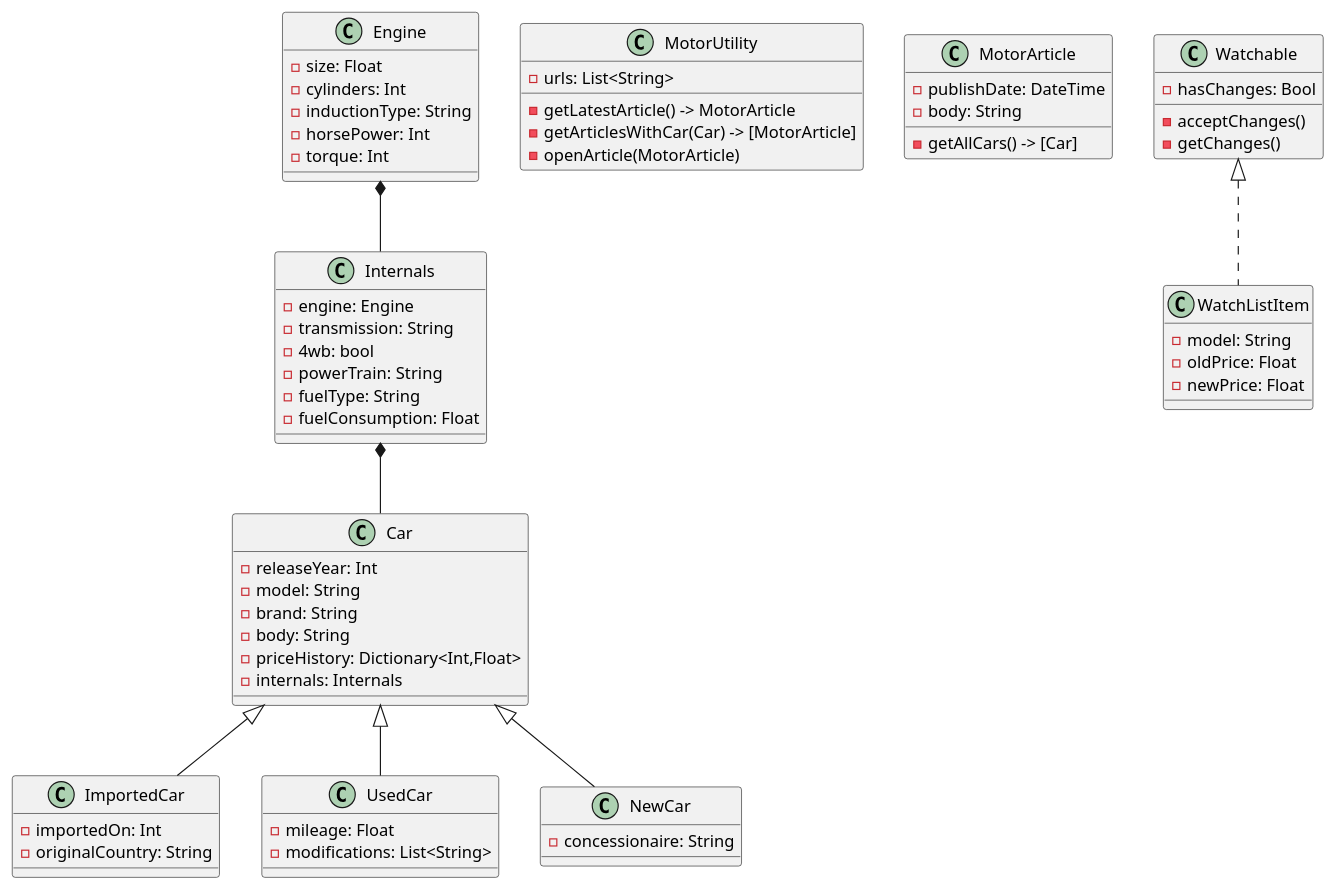
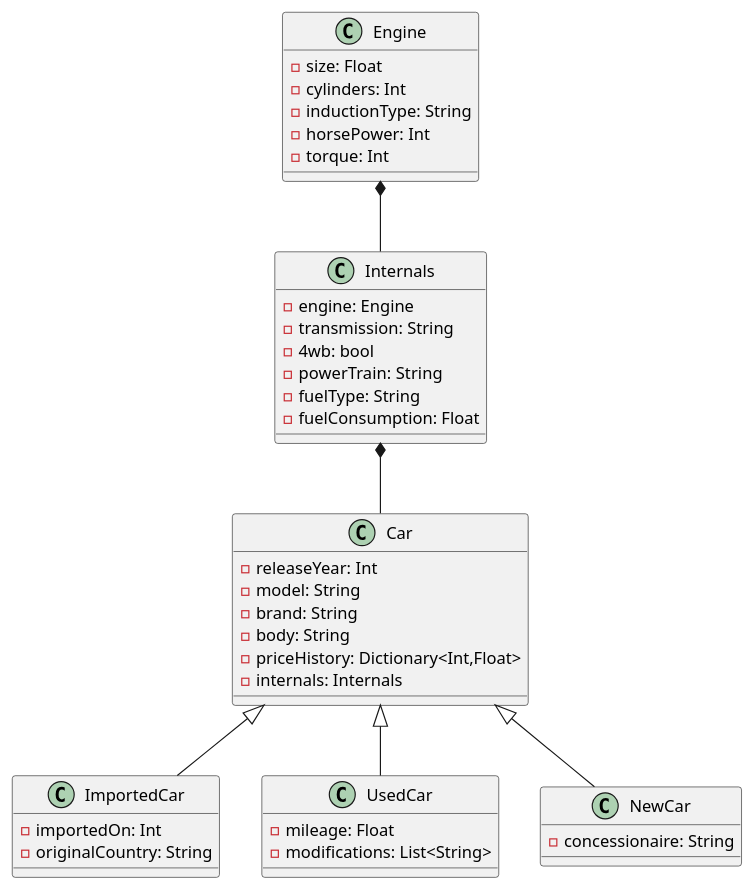
The diagram in Carpedia.puml (ooplata/carpedia), drawn with PlantUML before and after one commit.

Commit message:
Removed unused classes

```diff
--- a/Carpedia.puml
+++ b/Carpedia.puml
@@ -1,69 +1,44 @@
 @startuml Project
 class ImportedCar extends Car {
     -importedOn: Int
     -originalCountry: String
 }
 
 class UsedCar extends Car {
     -mileage: Float
     -modifications: List<String>
 }
 
 class NewCar extends Car {
     -concessionaire: String
 }
 
 Engine *-- Internals
 Internals *-- Car
 
 class Car {
     -releaseYear: Int
     -model: String
     -brand: String
     -body: String
     -priceHistory: Dictionary<Int,Float>
     -internals: Internals
 }
 
 class Internals {
     -engine: Engine
     -transmission: String
     -4wb: bool
     -powerTrain: String
     -fuelType: String
     -fuelConsumption: Float
 }
 
 class Engine {
     -size: Float
     -cylinders: Int
     -inductionType: String
     -horsePower: Int
     -torque: Int
 }
-
-class MotorUtility {
-    -urls: List<String>
-    -getLatestArticle() -> MotorArticle
-    -getArticlesWithCar(Car) -> [MotorArticle]
-    -openArticle(MotorArticle)
-}
-
-class MotorArticle {
-    -publishDate: DateTime
-    -body: String
-    -getAllCars() -> [Car]
-}
-
-class WatchListItem implements Watchable {
-    -model: String
-    -oldPrice: Float
-    -newPrice: Float
-}
-
-class Watchable {
-    -hasChanges: Bool
-    -acceptChanges()
-    -getChanges()
-}
 @enduml
```
